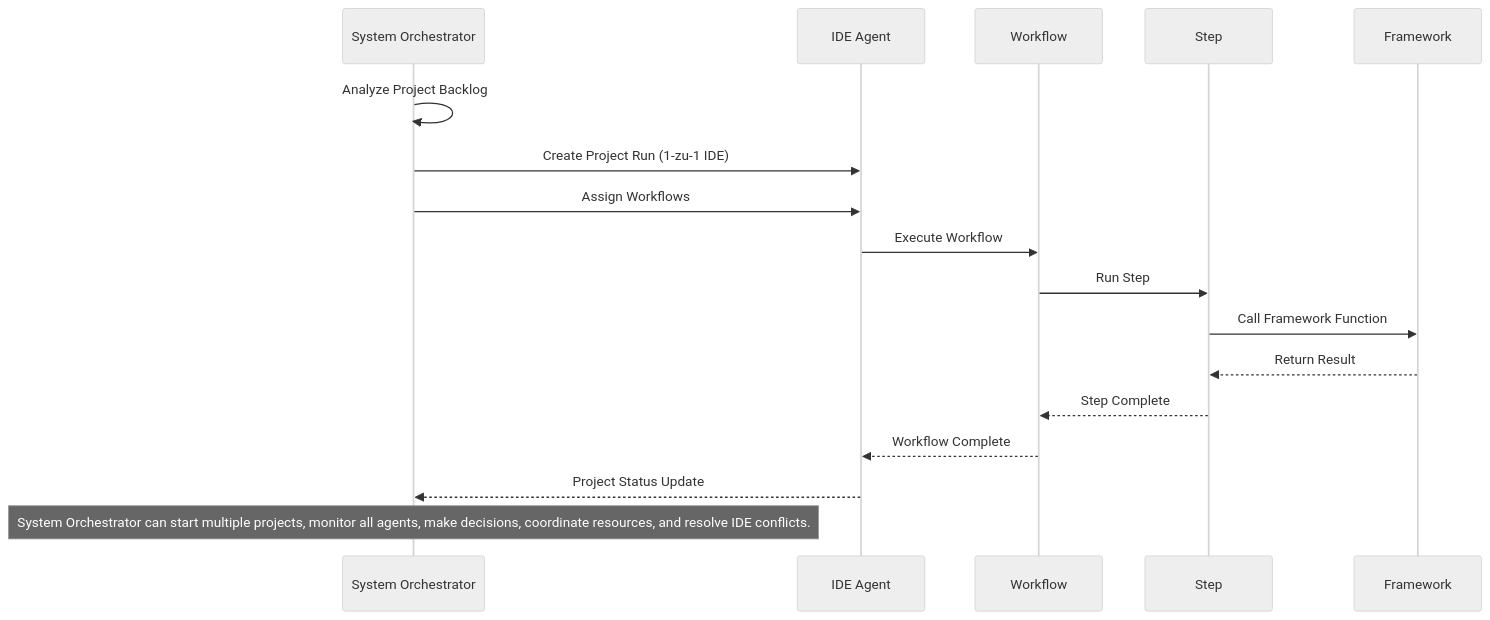
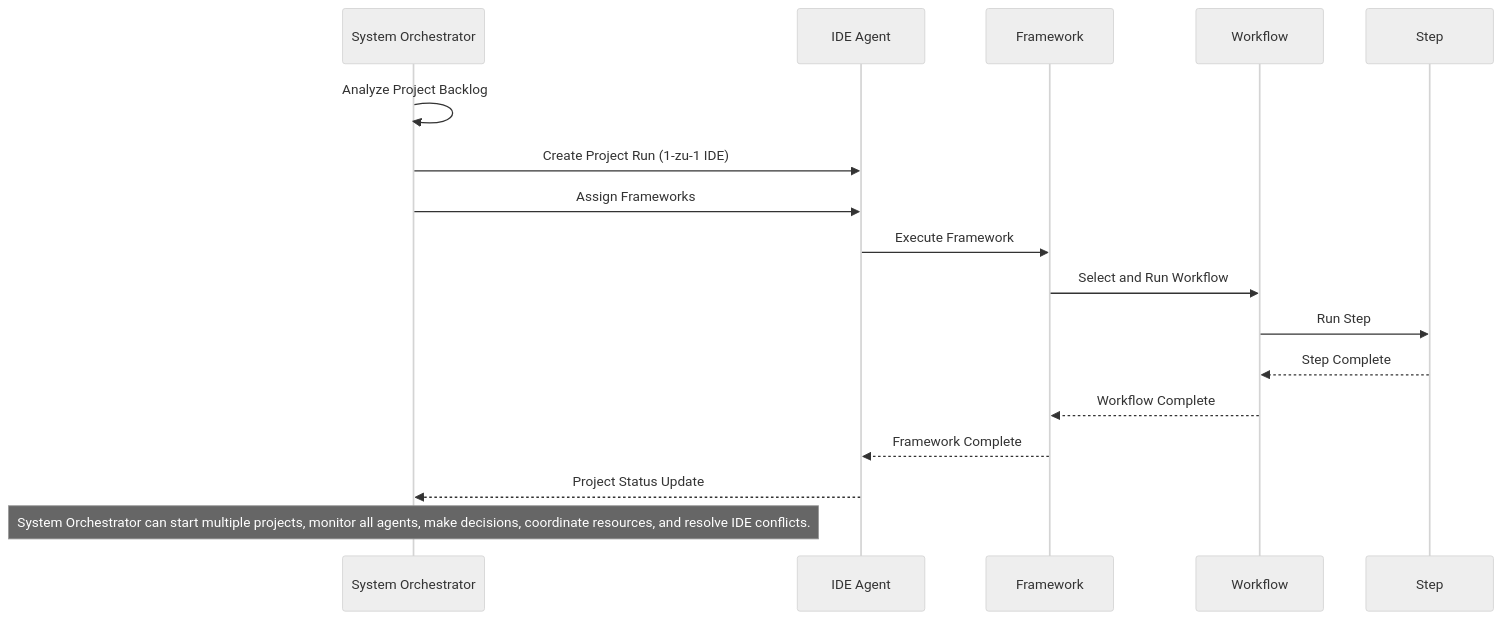
Before and after one commit to fr4iser90/PIDEA: the fifth of 6 diagrams in docs/architecture/meta-ebenen-capabilities.md, drawn with Mermaid (neutral theme). The commit also changed other lines of this file and 1 other file, not shown here.

First line of the commit message:
Update Architecture Documentation to Reflect Framework and Workflow Relationships

````diff
--- a/docs/architecture/meta-ebenen-capabilities.md
+++ b/docs/architecture/meta-ebenen-capabilities.md
@@ -226,22 +224,22 @@
 ```mermaid
 sequenceDiagram
     participant SO as System Orchestrator
     participant PA as IDE Agent
+    participant FW as Framework
     participant WF as Workflow
     participant ST as Step
-    participant FW as Framework
     
     SO->>SO: Analyze Project Backlog
     SO->>PA: Create Project Run (1-zu-1 IDE)
-    SO->>PA: Assign Workflows
+    SO->>PA: Assign Frameworks
     
-    PA->>WF: Execute Workflow
+    PA->>FW: Execute Framework
+    FW->>WF: Select and Run Workflow
     WF->>ST: Run Step
-    ST->>FW: Call Framework Function
-    FW-->>ST: Return Result
     ST-->>WF: Step Complete
-    WF-->>PA: Workflow Complete
+    WF-->>FW: Workflow Complete
+    FW-->>PA: Framework Complete
     PA-->>SO: Project Status Update
     
     Note over SO: System Orchestrator can start multiple projects, monitor all agents, make decisions, coordinate resources, and resolve IDE conflicts.
 ```
````
